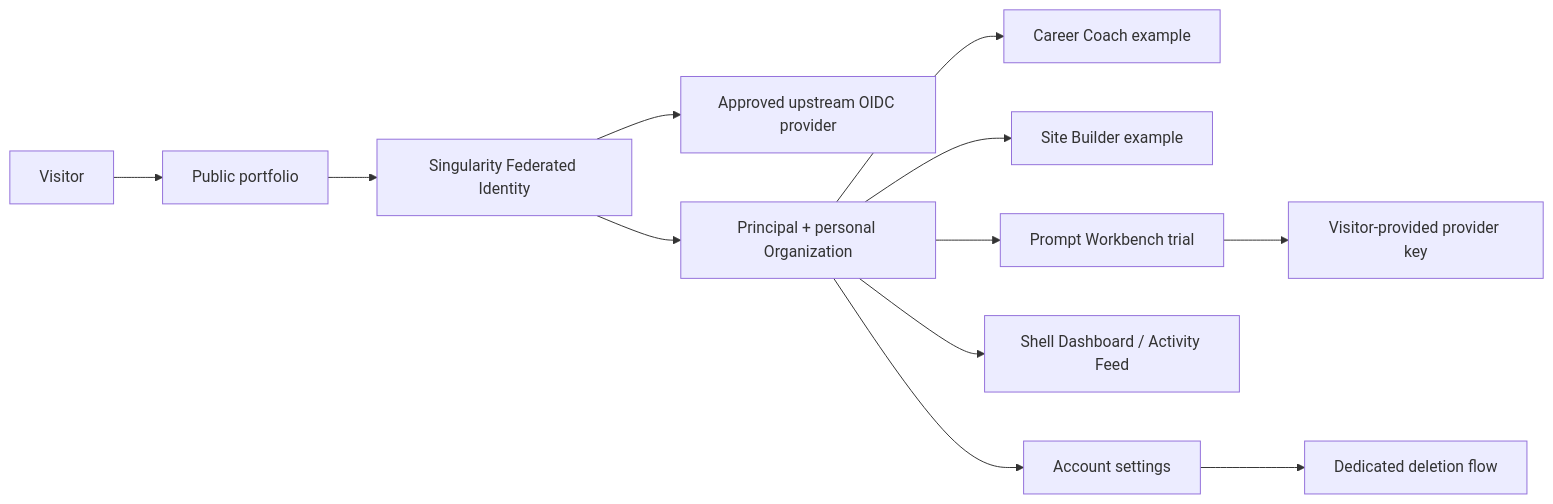
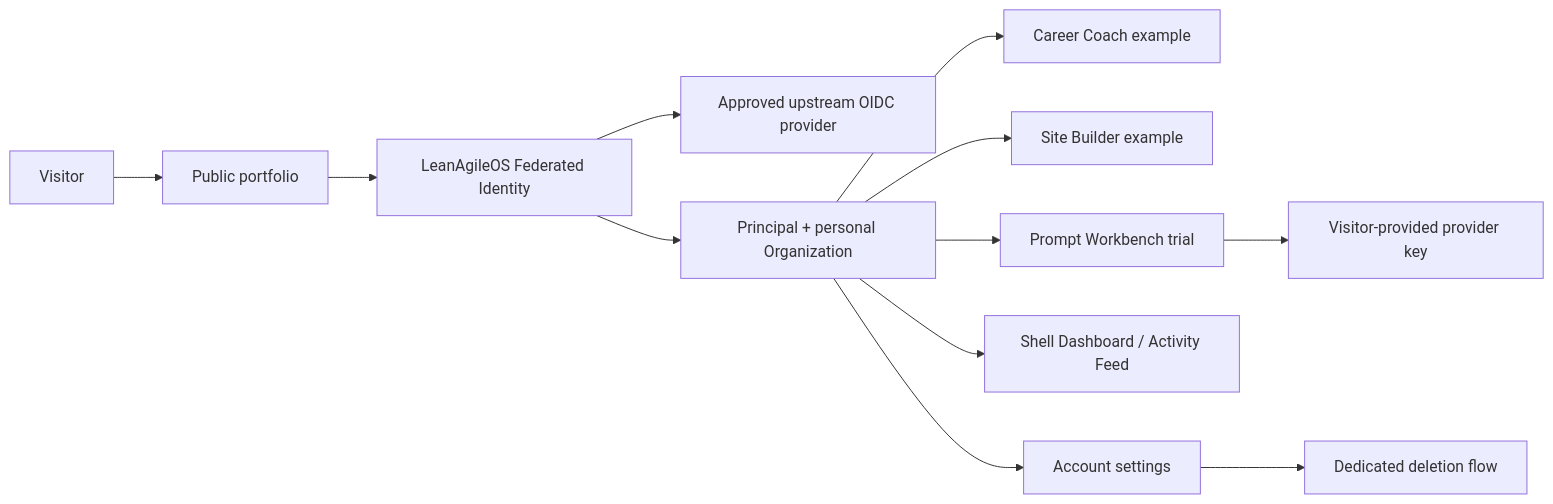
Before and after one commit to dave-jackson-dev/portfolio: the diagram in docs/planning/interactive-examples-scope.md, drawn with Mermaid. The commit also changed other lines of this file and 21 other files, not shown here.

First line of the commit message:
docs: repoint every external reference from singularity to lean-agile-os

````diff
--- a/docs/planning/interactive-examples-scope.md
+++ b/docs/planning/interactive-examples-scope.md
@@ -55,14 +55,14 @@
 ```mermaid
 flowchart LR
     Visitor[Visitor] --> Public[Public portfolio]
-    Public --> IAM[Singularity Federated Identity]
+    Public --> IAM[LeanAgileOS Federated Identity]
     IAM --> Provider[Approved upstream OIDC provider]
     IAM --> Account[Principal + personal Organization]
     Account --> Coach[Career Coach example]
     Account --> Builder[Site Builder example]
     Account --> Workbench[Prompt Workbench trial]
     Account --> Dashboard[Shell Dashboard / Activity Feed]
     Workbench --> BYOK[Visitor-provided provider key]
     Account --> Settings[Account settings]
     Settings --> Delete[Dedicated deletion flow]
 ```
````
